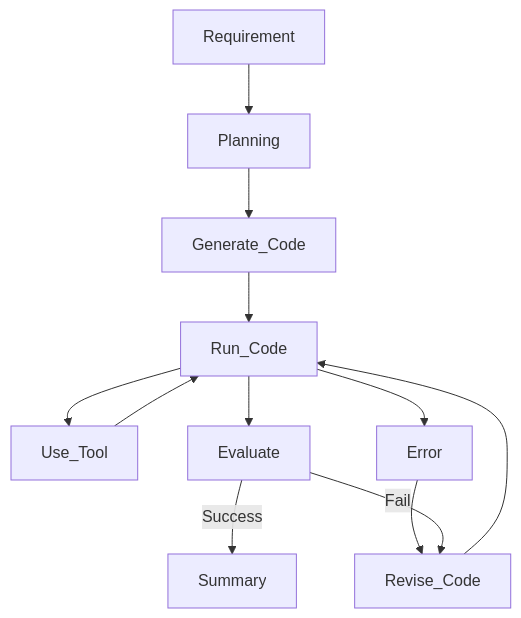
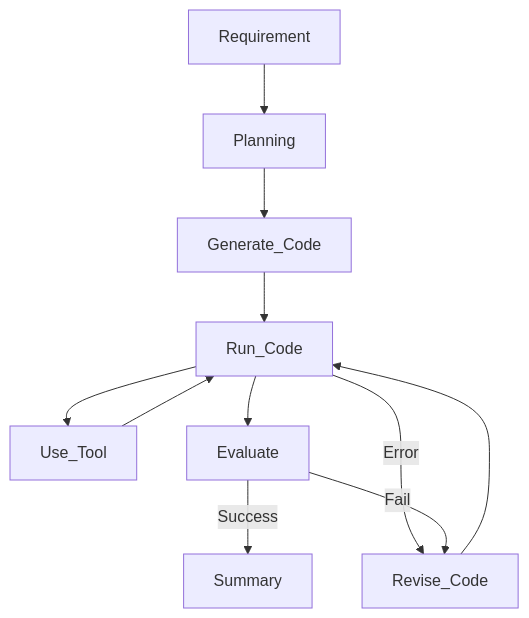
One commit to yingkitw/watsonx-agentic changed the diagram in README.md. Above: the diagram before and after it, drawn with Mermaid.

````diff
--- a/README.md
+++ b/README.md
@@ -25,14 +25,13 @@
 ```mermaid
 graph TD
     Requirement --> Planning
     Planning --> Generate_Code
     Generate_Code --> Run_Code
     Run_Code --> Use_Tool
     Use_Tool --> Run_Code
     Run_Code --> Evaluate
-    Run_Code --> Error
-    Error --> Revise_Code
+    Run_Code --> |Error| Revise_Code
     Evaluate -->|Success| Summary
     Evaluate -->|Fail| Revise_Code
     Revise_Code --> Run_Code
 ```
````
